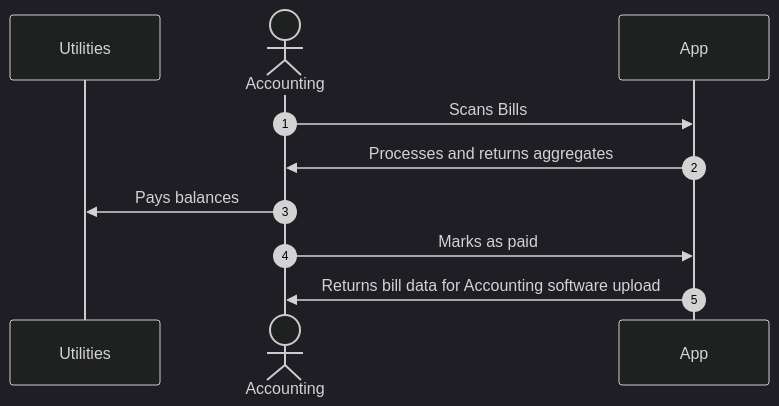
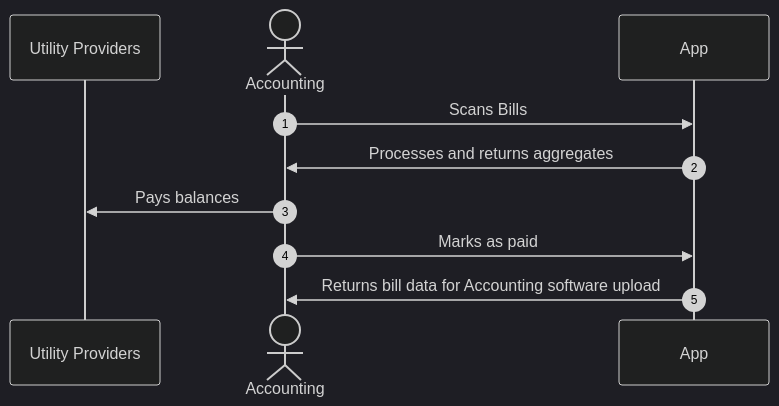
The first of 3 diagrams in apps/portfolio/content/projects/receipt-manager/index.md (alexwine36/Portfolio), drawn with Mermaid before and after one commit. The commit also changed other lines of this file and 3 other files, not shown here.

Commit message:
fix(mermaid): updated mermaid sequence diagram styling

````diff
--- a/apps/portfolio/content/projects/receipt-manager/index.md
+++ b/apps/portfolio/content/projects/receipt-manager/index.md
@@ -42,16 +42,16 @@
 ```mermaid
 %%{init: {'theme': 'dark'} }%%
 sequenceDiagram
 autonumber
 
-  participant Utilities
+  participant Utility Providers
   actor Accounting
   participant App
 
   Accounting ->> App : Scans Bills
   App ->> Accounting : Processes and returns aggregates
-  Accounting ->> Utilities : Pays balances
+  Accounting ->> Utility Providers : Pays balances
   Accounting ->> App : Marks as paid
   App ->> Accounting : Returns bill data for Accounting software upload
 
 ```
````
